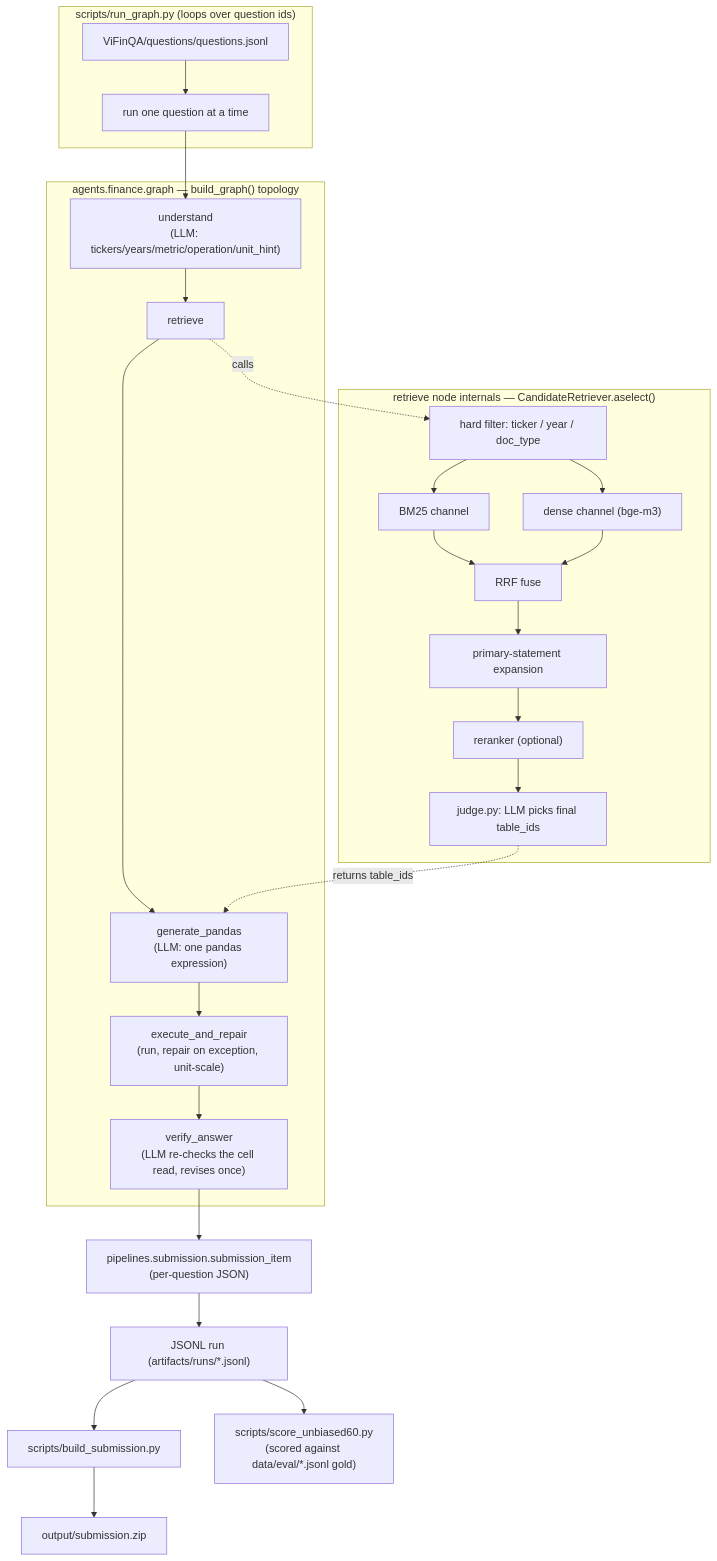
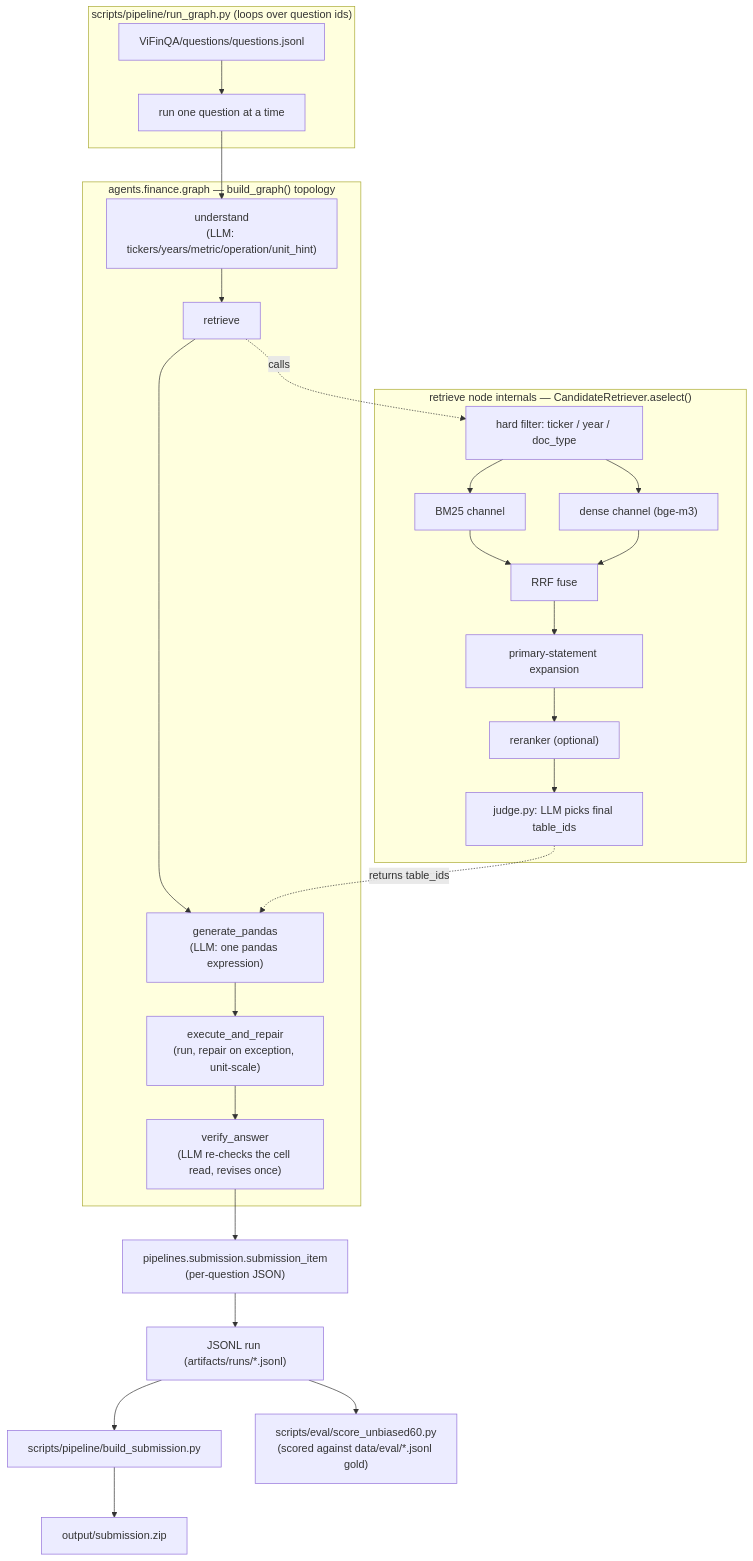
The diagram in README.md (phucduocdoan/ai-finance-stage-2), drawn with Mermaid before and after one commit. The commit also changed other lines of this file and 64 other files, not shown here.

````diff
--- a/README.md
+++ b/README.md
@@ -218,34 +218,34 @@
 ```mermaid
 flowchart TD
-    subgraph Batch["scripts/run_graph.py (loops over question ids)"]
+    subgraph Batch["scripts/pipeline/run_graph.py (loops over question ids)"]
         Q["ViFinQA/questions/questions.jsonl"] --> RG[run one question at a time]
     end
 
     RG --> U
 
     subgraph Graph["agents.finance.graph — build_graph() topology"]
         U["understand<br/>(LLM: tickers/years/metric/operation/unit_hint)"] --> R
         R["retrieve"] --> GP["generate_pandas<br/>(LLM: one pandas expression)"]
         GP --> EX["execute_and_repair<br/>(run, repair on exception, unit-scale)"]
         EX --> V["verify_answer<br/>(LLM re-checks the cell read, revises once)"]
     end
 
     subgraph RetrieveInternal["retrieve node internals — CandidateRetriever.aselect()"]
         HF["hard filter: ticker / year / doc_type"] --> BM["BM25 channel"]
         HF --> DE["dense channel (bge-m3)"]
         BM --> RRF["RRF fuse"]
         DE --> RRF
         RRF --> PS["primary-statement expansion"]
         PS --> RR["reranker (optional)"]
         RR --> J["judge.py: LLM picks final table_ids"]
     end
 
     R -.calls.-> HF
     J -.returns table_ids.-> GP
 
     V --> OUT["pipelines.submission.submission_item<br/>(per-question JSON)"]
     OUT --> JSONL["JSONL run (artifacts/runs/*.jsonl)"]
-    JSONL --> BS["scripts/build_submission.py"]
+    JSONL --> BS["scripts/pipeline/build_submission.py"]
     BS --> ZIP["output/submission.zip"]
-    JSONL --> SC["scripts/score_unbiased60.py<br/>(scored against data/eval/*.jsonl gold)"]
+    JSONL --> SC["scripts/eval/score_unbiased60.py<br/>(scored against data/eval/*.jsonl gold)"]
 ```
````
